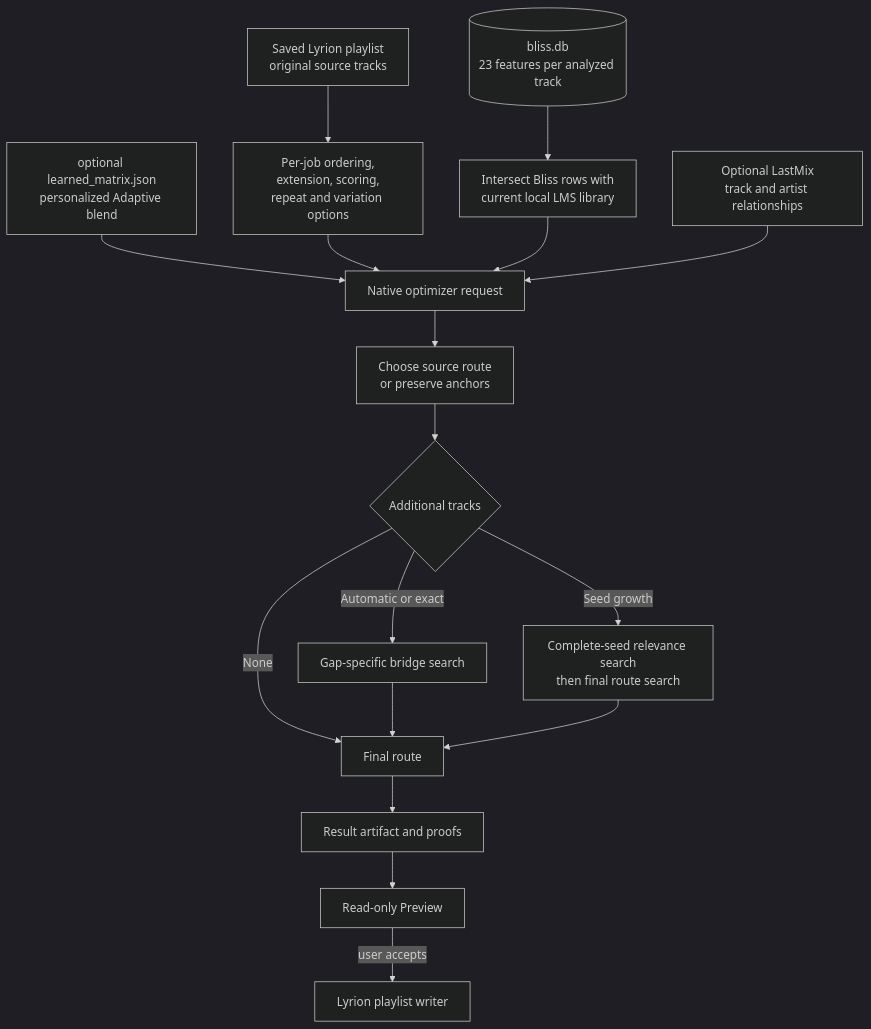
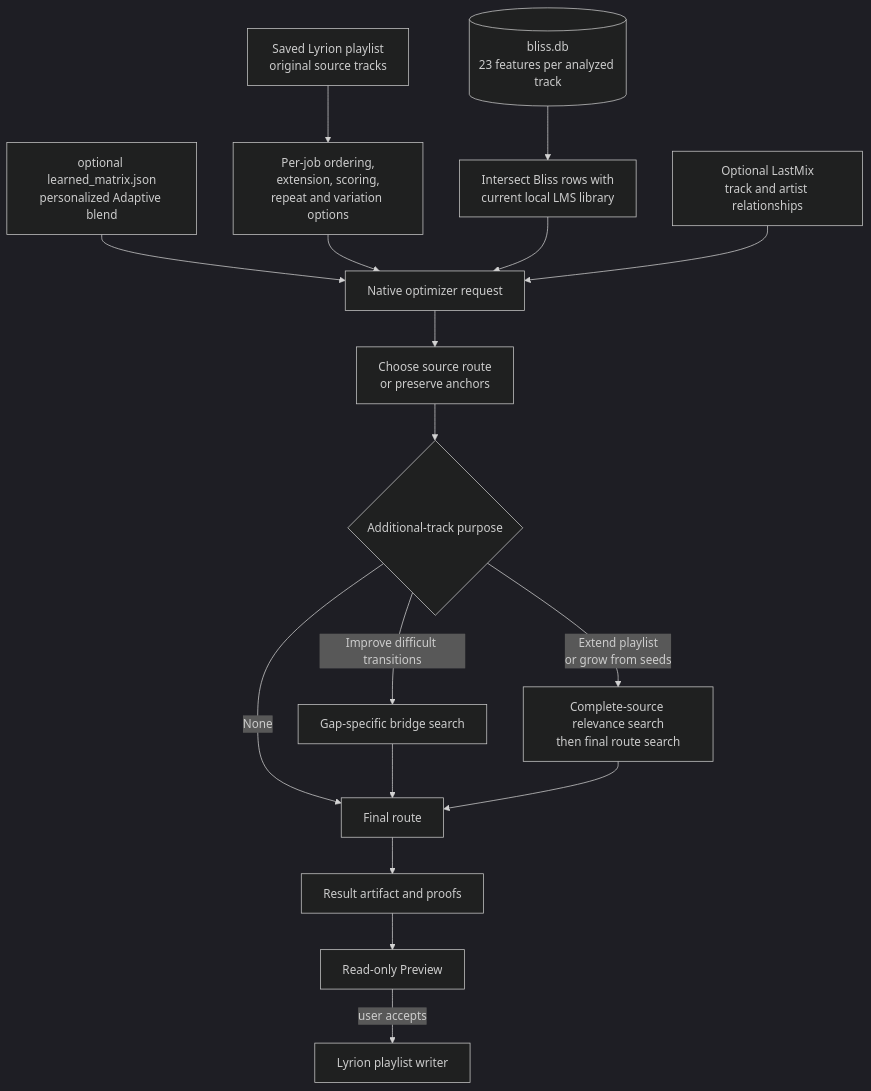
The first of 8 diagrams in ALGORITHMS.md (chrober/lms-better-call-bliss), drawn with Mermaid (dark theme) before and after one commit. The commit also changed other lines of this file and 12 other files, not shown here.

```diff
--- a/ALGORITHMS.md
+++ b/ALGORITHMS.md
@@ -53,19 +53,19 @@
 ~~~mermaid
 flowchart TD
     P["Saved Lyrion playlist<br/>original source tracks"] --> O["Per-job ordering,<br/>extension, scoring,<br/>repeat and variation options"]
     DB[("bliss.db<br/>23 features per analyzed track")] --> I["Intersect Bliss rows with<br/>current local LMS library"]
     M["optional learned_matrix.json<br/>personalized Adaptive blend"] --> N
     O --> N["Native optimizer request"]
     I --> N
     L["Optional LastMix<br/>track and artist relationships"] --> N
     N --> S["Choose source route<br/>or preserve anchors"]
-    S --> X{"Additional tracks"}
+    S --> X{"Additional-track purpose"}
     X -- None --> R["Final route"]
-    X -- Automatic or exact --> B["Gap-specific bridge search"]
-    X -- Seed growth --> G["Complete-seed relevance search<br/>then final route search"]
+    X -- Improve difficult transitions --> B["Gap-specific bridge search"]
+    X -- Extend playlist<br/>or grow from seeds --> G["Complete-source relevance search<br/>then final route search"]
     B --> R
     G --> R
     R --> V["Result artifact and proofs"]
     V --> Q["Read-only Preview"]
     Q -->|"user accepts"| W["Lyrion playlist writer"]
 ~~~
```
